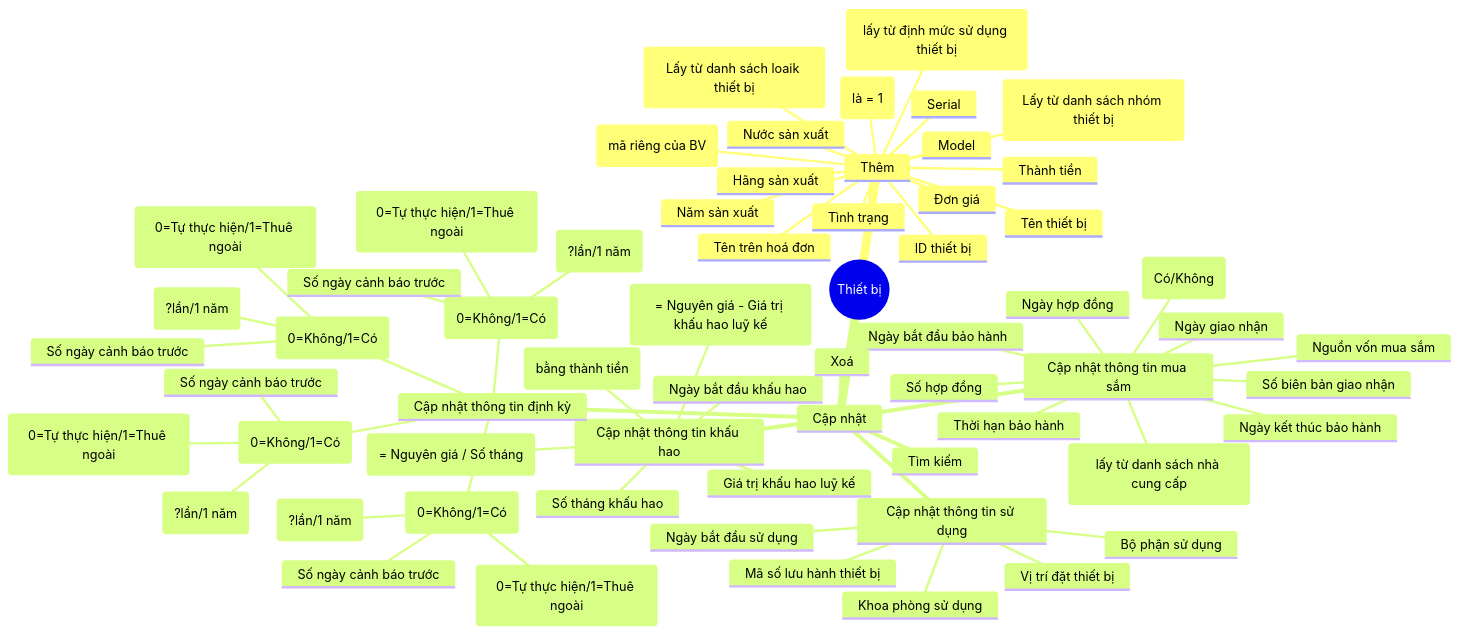
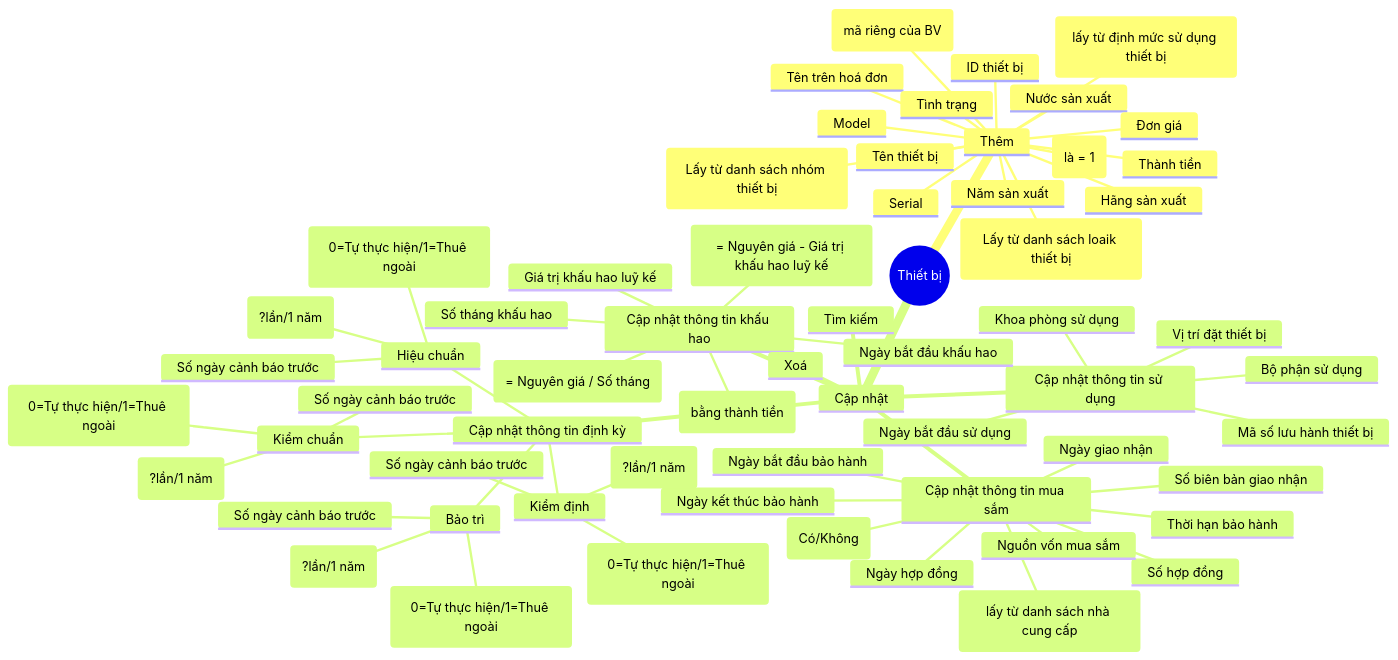
Before and after one commit to nthanhdo/mems-brainstorm: the diagram in mindmap-thietbi.md, drawn with Mermaid.

````diff
--- a/mindmap-thietbi.md
+++ b/mindmap-thietbi.md
@@ -1,67 +1,67 @@
 ```mermaid
 mindmap
   root((Thiết bị))
       Thêm
         ID thiết bị
         Mã thiết bị (mã riêng của BV)
         Tên thiết bị
         Tên trên hoá đơn
         Loại thiết bị (Lấy từ danh sách loaik thiết bị)
         Nhóm thiết bị (Lấy từ danh sách nhóm thiết bị)
         Đinh mức sử dụng thiết bị (lấy từ định mức sử dụng thiết bị)
         Hãng sản xuất
         Nước sản xuất
         Năm sản xuất
         Model
         Serial
         Số lượng (là = 1)
         Đơn giá
         Thành tiền
         Tình trạng
     Cập nhật
       Cập nhật thông tin sử dụng
         Khoa phòng sử dụng
         Bộ phận sử dụng
         Ngày bắt đầu sử dụng
         Vị trí đặt thiết bị
         Mã số lưu hành thiết bị
       Cập nhật thông tin mua sắm
         Nhà cung cấp (lấy từ danh sách nhà cung cấp)
         Số hợp đồng
         Ngày hợp đồng
         Số biên bản giao nhận
         Ngày giao nhận
         Nguồn vốn mua sắm
         Bảo hành (Có/Không)
         Thời hạn bảo hành
         Ngày bắt đầu bảo hành
         Ngày kết thúc bảo hành
       Cập nhật thông tin khấu hao
         Nguyên giá (bằng thành tiền)
         Số tháng khấu hao
         Ngày bắt đầu khấu hao
         Giá trị khấu hao tháng (= Nguyên giá / Số tháng)
         Giá trị khấu hao luỹ kế
         Giá trị còn lại (= Nguyên giá - Giá trị khấu hao luỹ kế)
       Cập nhật thông tin định kỳ
-        Bảo trì (0=Không/1=Có)
+        Bảo trì
             Hình thức thực hiện (0=Tự thực hiện/1=Thuê ngoài)
             Tần suất thực hiện (?lần/1 năm)
             Số ngày cảnh báo trước
-        Kiểm định (0=Không/1=Có)
+        Kiểm định
             Hình thức thực hiện (0=Tự thực hiện/1=Thuê ngoài)
             Tần suất thực hiện (?lần/1 năm)
             Số ngày cảnh báo trước
-        Hiệu chuẩn (0=Không/1=Có)
+        Hiệu chuẩn
             Hình thức thực hiện (0=Tự thực hiện/1=Thuê ngoài)
             Tần suất thực hiện (?lần/1 năm)
             Số ngày cảnh báo trước
-        Kiểm chuẩn (0=Không/1=Có)
+        Kiểm chuẩn
             Hình thức thực hiện (0=Tự thực hiện/1=Thuê ngoài)
             Tần suất thực hiện (?lần/1 năm)
             Số ngày cảnh báo trước
       Xoá
         
       Tìm kiếm
       
 ```
````
